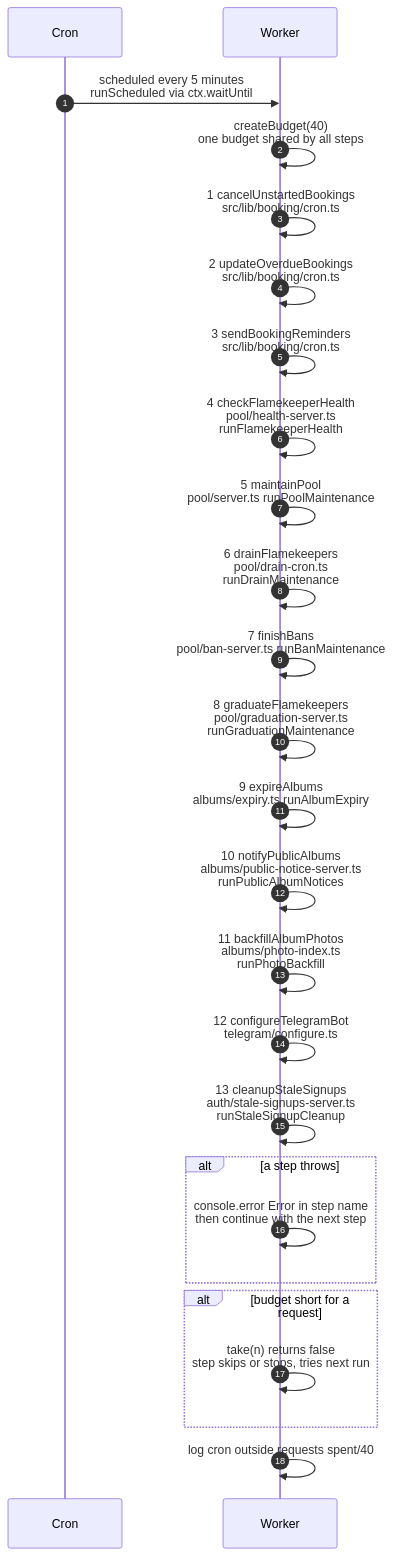
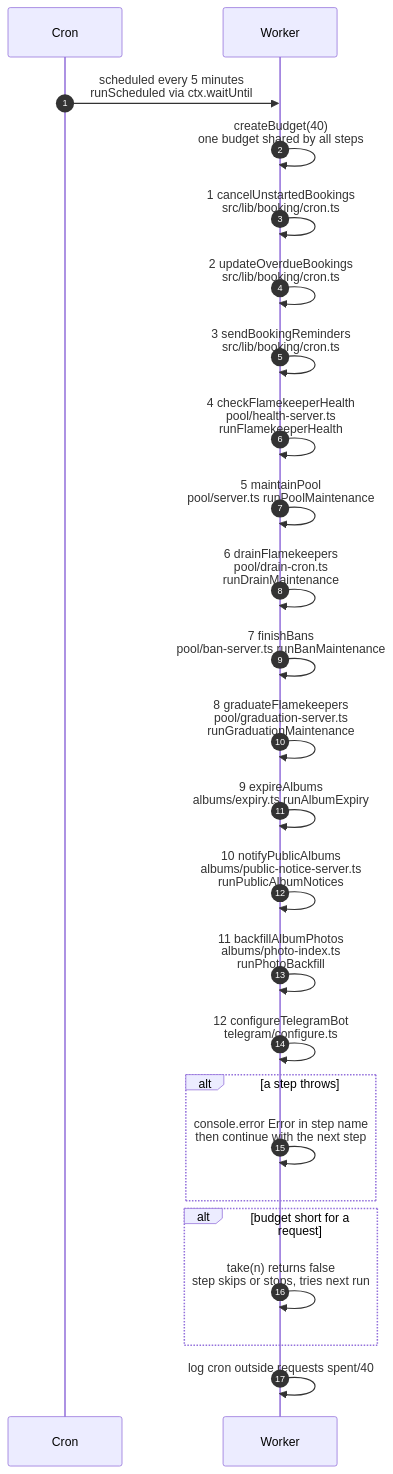
One commit to sagyzdop/meriksirat changed the diagram in docs/scenarios/cron/overview.md. Above: the diagram before and after it, drawn with Mermaid. The commit also changed other lines of this file and 37 other files, not shown here.

First line of the commit message:
feat(signup): terms on login, finished account at creation, drop stale-signup cleanup

````diff
--- a/docs/scenarios/cron/overview.md
+++ b/docs/scenarios/cron/overview.md
@@ -16,28 +16,27 @@
 ```mermaid
 sequenceDiagram
     autonumber
     participant Cron as Cron
     participant Worker as Worker
     Cron->>Worker: scheduled every 5 minutes<br/>runScheduled via ctx.waitUntil
     Worker->>Worker: createBudget(40)<br/>one budget shared by all steps
     Worker->>Worker: 1 cancelUnstartedBookings<br/>src/lib/booking/cron.ts
     Worker->>Worker: 2 updateOverdueBookings<br/>src/lib/booking/cron.ts
     Worker->>Worker: 3 sendBookingReminders<br/>src/lib/booking/cron.ts
     Worker->>Worker: 4 checkFlamekeeperHealth<br/>pool/health-server.ts<br/>runFlamekeeperHealth
     Worker->>Worker: 5 maintainPool<br/>pool/server.ts runPoolMaintenance
     Worker->>Worker: 6 drainFlamekeepers<br/>pool/drain-cron.ts<br/>runDrainMaintenance
     Worker->>Worker: 7 finishBans<br/>pool/ban-server.ts runBanMaintenance
     Worker->>Worker: 8 graduateFlamekeepers<br/>pool/graduation-server.ts<br/>runGraduationMaintenance
     Worker->>Worker: 9 expireAlbums<br/>albums/expiry.ts runAlbumExpiry
     Worker->>Worker: 10 notifyPublicAlbums<br/>albums/public-notice-server.ts<br/>runPublicAlbumNotices
     Worker->>Worker: 11 backfillAlbumPhotos<br/>albums/photo-index.ts<br/>runPhotoBackfill
     Worker->>Worker: 12 configureTelegramBot<br/>telegram/configure.ts
-    Worker->>Worker: 13 cleanupStaleSignups<br/>auth/stale-signups-server.ts<br/>runStaleSignupCleanup
     alt a step throws
         Worker->>Worker: console.error Error in step name<br/>then continue with the next step
     end
     alt budget short for a request
         Worker->>Worker: take(n) returns false<br/>step skips or stops, tries next run
     end
     Worker->>Worker: log cron outside requests spent/40
 ```
````
